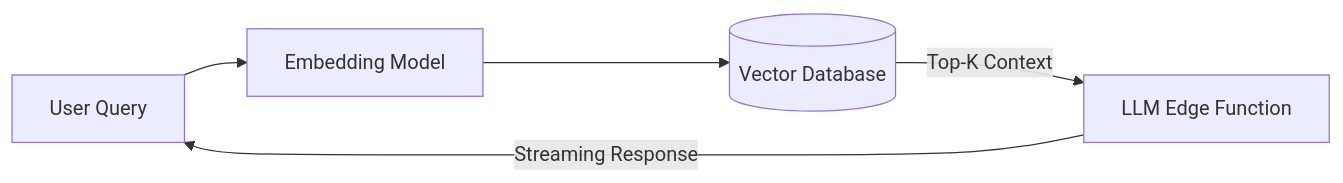
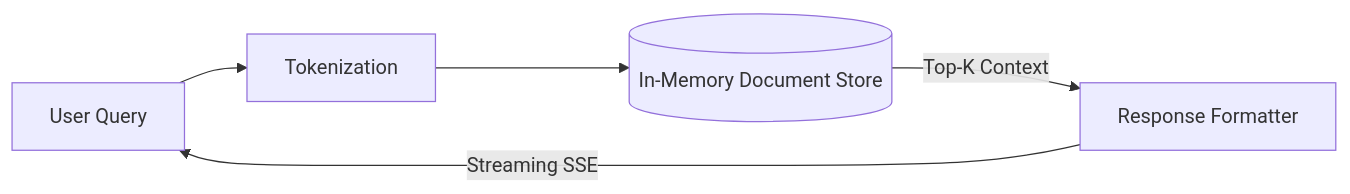
One commit to dev4aibots/enterprise-rag-engine changed the diagram in README.md. Above: the diagram before and after it, drawn with Mermaid. The commit also changed other lines of this file and 6 other files, not shown here.

````diff
--- a/README.md
+++ b/README.md
@@ -58,7 +16,7 @@
 ```mermaid
 flowchart LR
-    A[User Query] --> B[Embedding Model]
-    B --> C[(Vector Database)]
-    C -->|Top-K Context| D[LLM Edge Function]
-    D -->|Streaming Response| A
+    A[User Query] --> B[Tokenization]
+    B --> C[(In-Memory Document Store)]
+    C -->|Top-K Context| D[Response Formatter]
+    D -->|Streaming SSE| A
 ```
````
